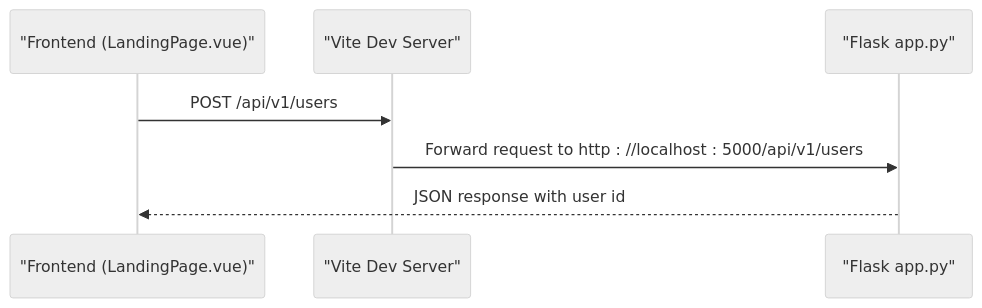
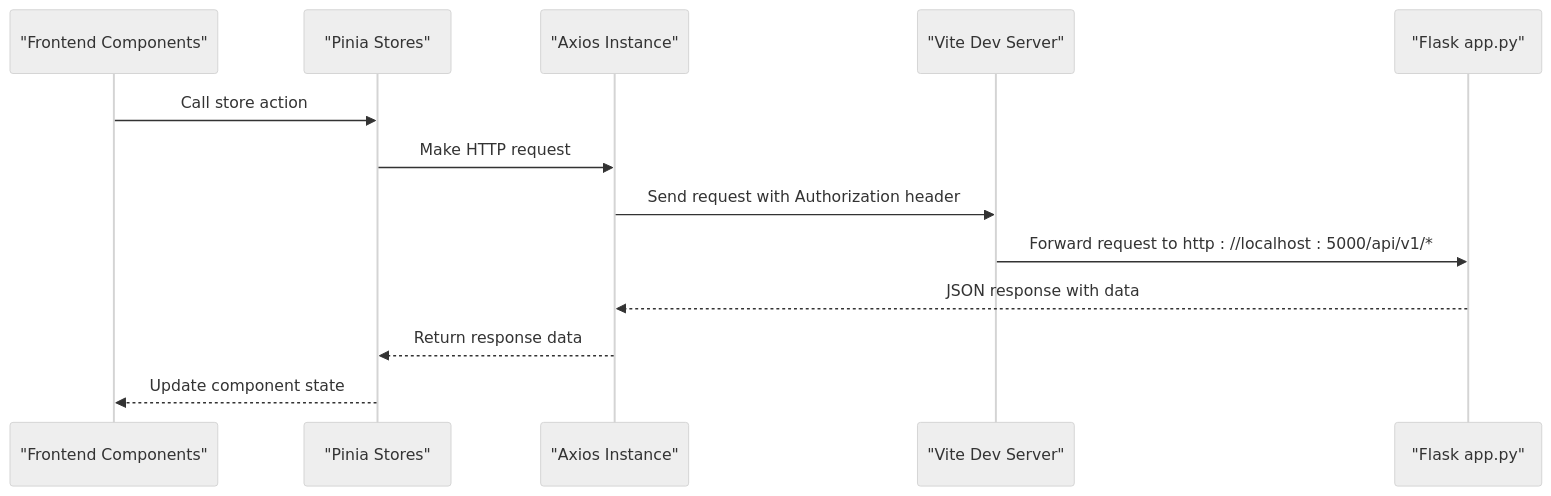
Before and after one commit to hsarjun04-netizen/NUTRICooACH: the sixth of 8 diagrams in .qoder/repowiki/en/content/Frontend Application/Build Process and Development Environment.md, drawn with Mermaid (neutral theme). The commit also changed other lines of this file and 7 other files, not shown here.

Commit message:
Add Export My Data feature - download all user data as JSON

````diff
--- a/.qoder/repowiki/en/content/Frontend Application/Build Process and Development Environment.md
+++ b/.qoder/repowiki/en/content/Frontend Application/Build Process and Development Environment.md
@@ -215,9 +269,15 @@
 ```mermaid
 sequenceDiagram
-participant FE as "Frontend (LandingPage.vue)"
+participant FE as "Frontend Components"
+participant Pinia as "Pinia Stores"
+participant API as "Axios Instance"
 participant Vite as "Vite Dev Server"
 participant BE as "Flask app.py"
-FE->>Vite : POST /api/v1/users
-Vite->>BE : Forward request to http : //localhost : 5000/api/v1/users
-BE-->>FE : JSON response with user id
+FE->>Pinia : Call store action
+Pinia->>API : Make HTTP request
+API->>Vite : Send request with Authorization header
+Vite->>BE : Forward request to http : //localhost : 5000/api/v1/*
+BE-->>API : JSON response with data
+API-->>Pinia : Return response data
+Pinia-->>FE : Update component state
 ```
````
